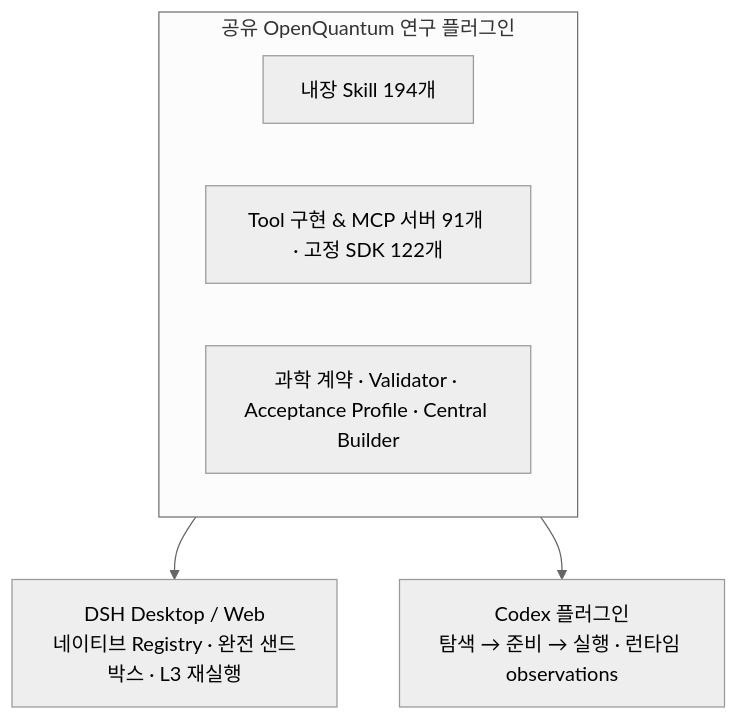
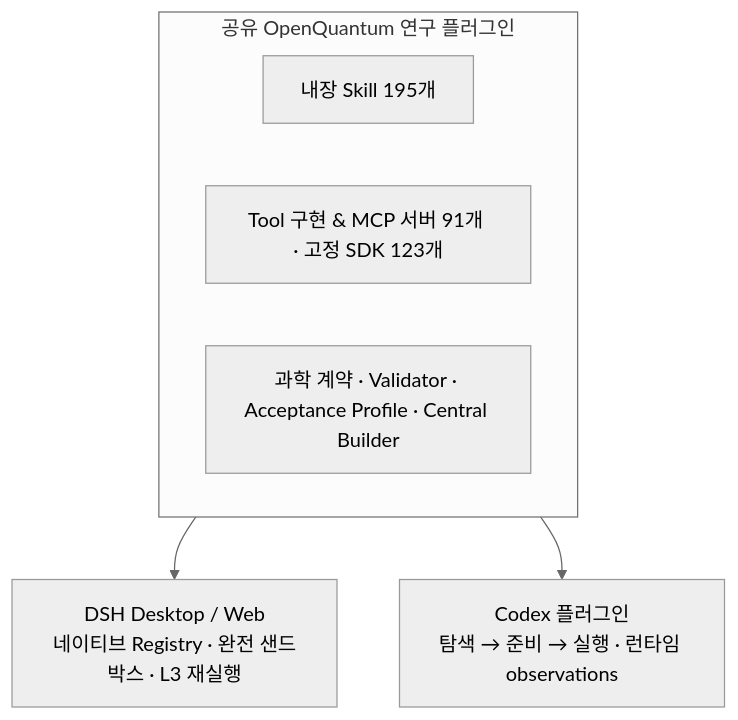
The diagram in docs/readme/README.ko.md (xi-zhao/OpenQuantum), drawn with Mermaid (neutral theme) before and after one commit. The commit also changed other lines of this file and 23 other files, not shown here.

````diff
--- a/docs/readme/README.ko.md
+++ b/docs/readme/README.ko.md
@@ -231,10 +232,10 @@
 ```mermaid
 flowchart TB
   subgraph Shared["공유 OpenQuantum 연구 플러그인"]
-    SK["내장 Skill 194개"]
-    TI["Tool 구현 & MCP 서버 91개 · 고정 SDK 122개"]
+    SK["내장 Skill 195개"]
+    TI["Tool 구현 & MCP 서버 91개 · 고정 SDK 123개"]
     SC["과학 계약 · Validator · Acceptance Profile · Central Builder"]
   end
   Shared --> DSH["DSH Desktop / Web<br/>네이티브 Registry · 완전 샌드박스 · L3 재실행"]
   Shared --> CDX["Codex 플러그인<br/>탐색 → 준비 → 실행 · 런타임 observations"]
 ```
````
